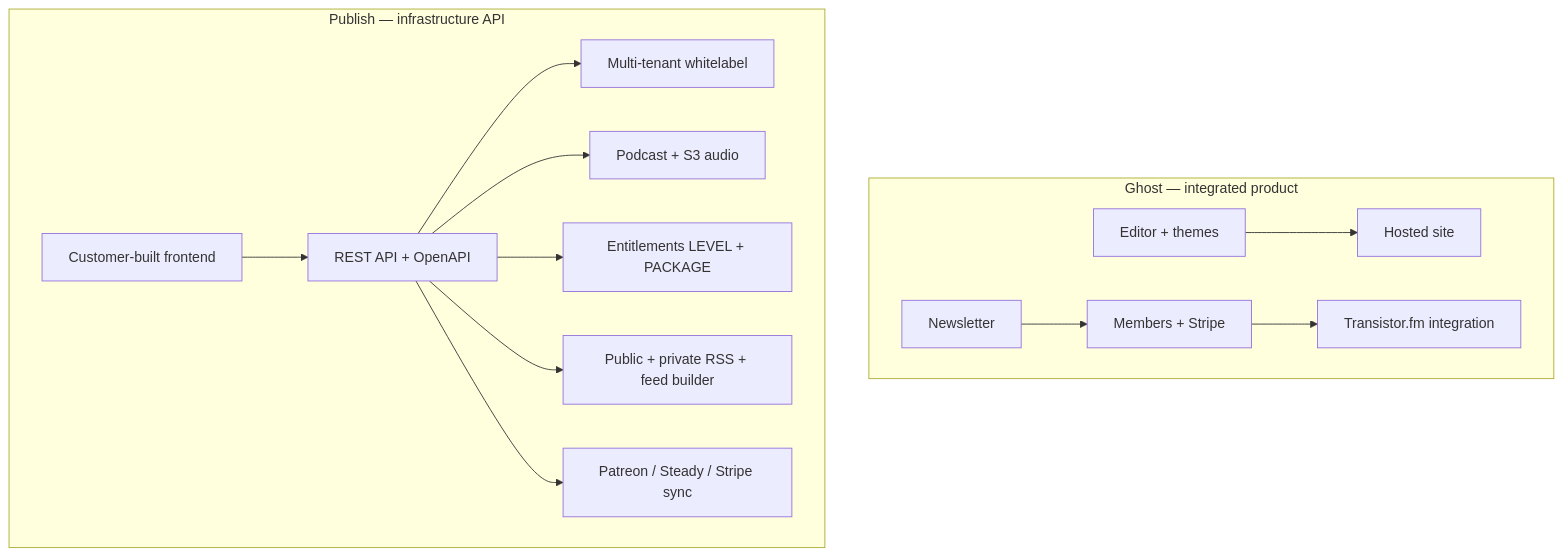
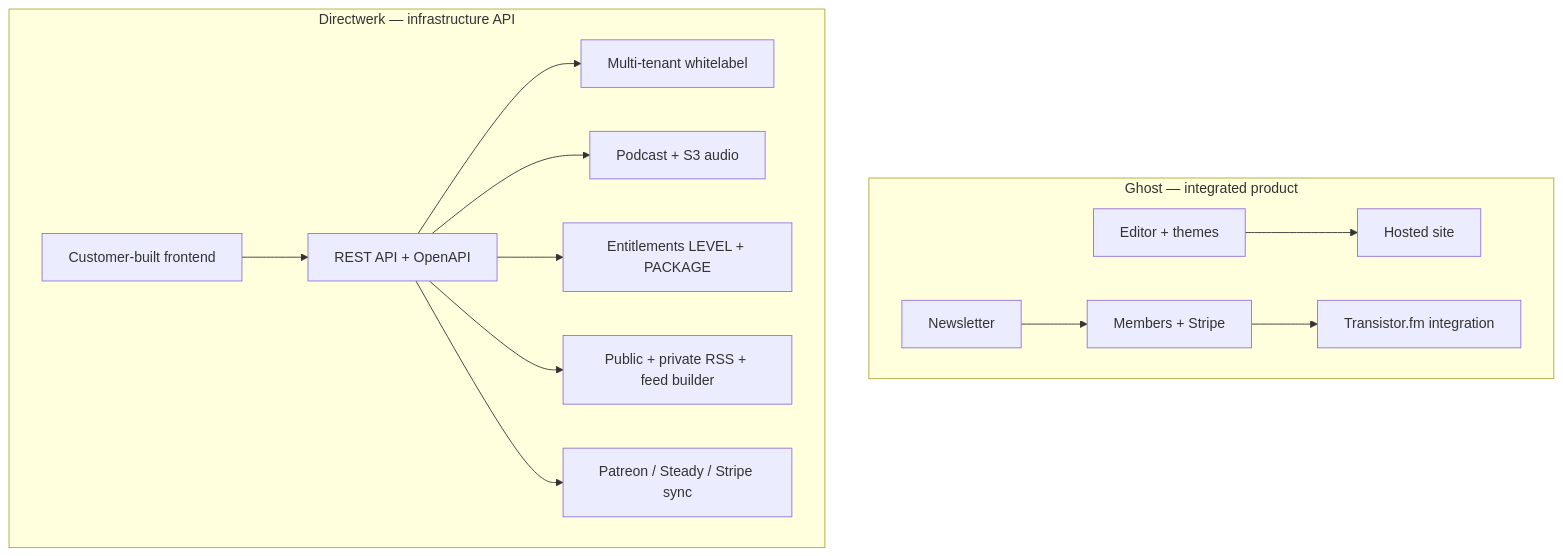
The first of 2 diagrams in docs/ghost-positioning.md (LucaNerlich/directwerk), drawn with Mermaid before and after one commit. The commit also changed other lines of this file and 495 other files, not shown here.

Commit message:
rename publish to directwerk

````diff
--- a/docs/ghost-positioning.md
+++ b/docs/ghost-positioning.md
@@ -37,29 +37,29 @@
 ```mermaid
 flowchart TB
     subgraph ghost [Ghost — integrated product]
         GEditor[Editor + themes]
         GNews[Newsletter]
         GMembers[Members + Stripe]
         GSite[Hosted site]
         GTransistor[Transistor.fm integration]
         GEditor --> GSite
         GNews --> GMembers
         GMembers --> GTransistor
     end
 
-    subgraph publish [Publish — infrastructure API]
+    subgraph publish [Directwerk — infrastructure API]
         PAPI[REST API + OpenAPI]
         PTenants[Multi-tenant whitelabel]
         PPodcast[Podcast + S3 audio]
         PEnt[Entitlements LEVEL + PACKAGE]
         PRSS[Public + private RSS + feed builder]
         PMigrate[Patreon / Steady / Stripe sync]
         PAPI --> PTenants
         PAPI --> PPodcast
         PAPI --> PEnt
         PAPI --> PRSS
         PAPI --> PMigrate
         PFrontend[Customer-built frontend]
         PFrontend --> PAPI
     end
 ```
````
